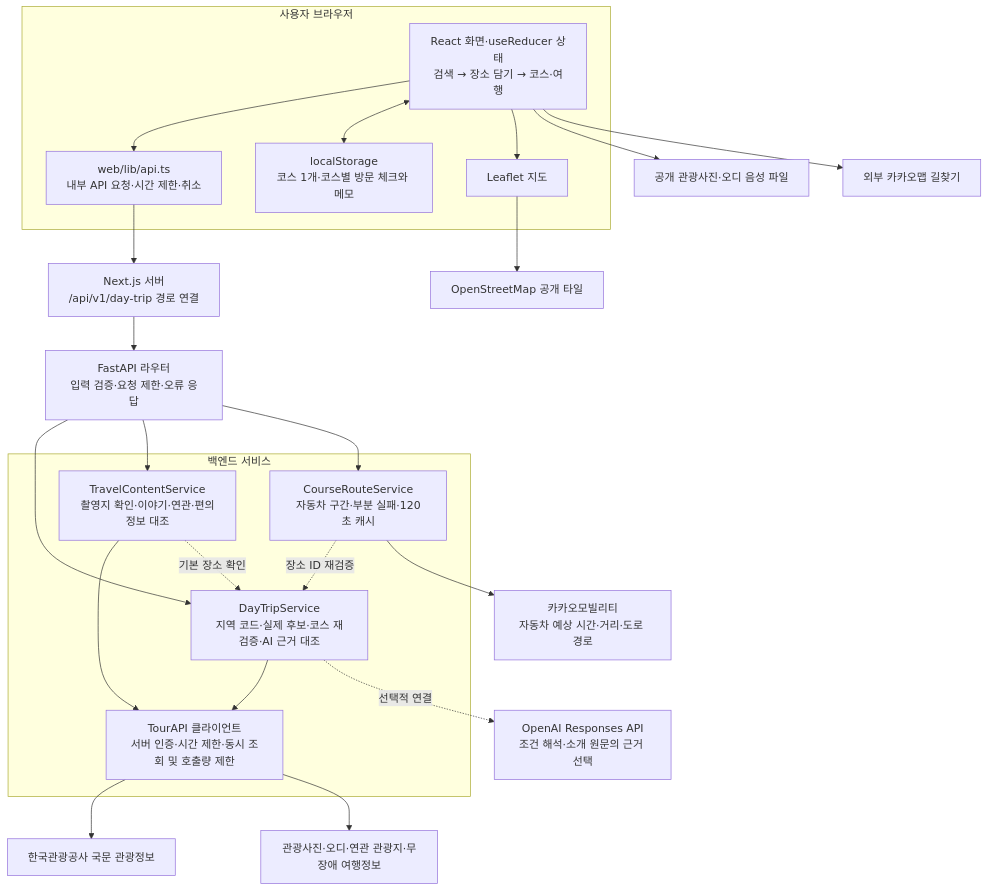
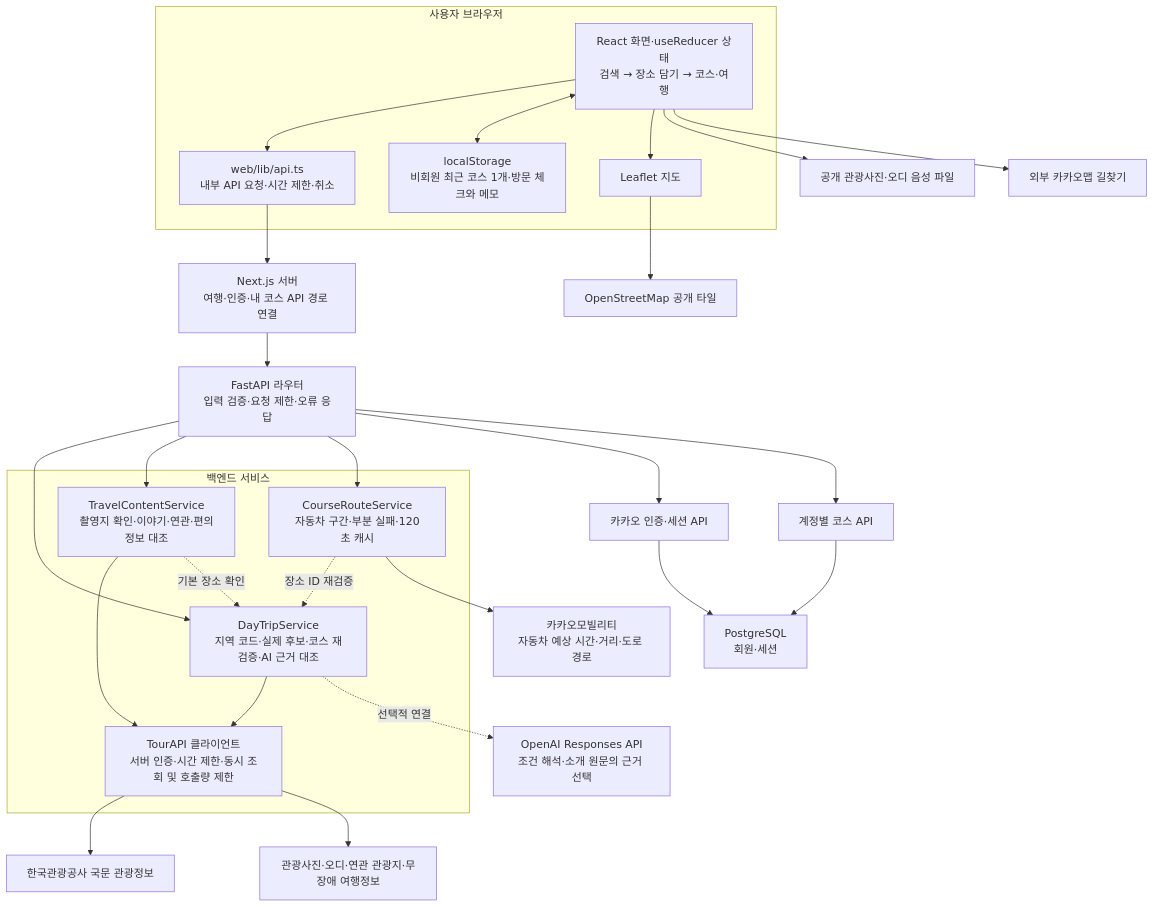
Before and after one commit to sub-blind/Giljabi: the second of 3 diagrams in README.md, drawn with Mermaid. The commit also changed other lines of this file and 45 other files, not shown here.

````diff
--- a/README.md
+++ b/README.md
@@ -72,34 +78,38 @@
 ```mermaid
 flowchart TB
     subgraph Browser["사용자 브라우저"]
         UI["React 화면·useReducer 상태<br/>검색 → 장소 담기 → 코스·여행"]
         API["web/lib/api.ts<br/>내부 API 요청·시간 제한·취소"]
-        Store["localStorage<br/>코스 1개·코스별 방문 체크와 메모"]
+        Store["localStorage<br/>비회원 최근 코스 1개·방문 체크와 메모"]
         Map["Leaflet 지도"]
         UI --> API
         UI <--> Store
         UI --> Map
     end
-    API --> Next["Next.js 서버<br/>/api/v1/day-trip 경로 연결"]
+    API --> Next["Next.js 서버<br/>여행·인증·내 코스 API 경로 연결"]
     Next --> Router["FastAPI 라우터<br/>입력 검증·요청 제한·오류 응답"]
     subgraph Services["백엔드 서비스"]
         Trip["DayTripService<br/>지역 코드·실제 후보·코스 재검증·AI 근거 대조"]
         Content["TravelContentService<br/>촬영지 확인·이야기·연관·편의정보 대조"]
         RouteService["CourseRouteService<br/>자동차 구간·부분 실패·120초 캐시"]
         Client["TourAPI 클라이언트<br/>서버 인증·시간 제한·동시 조회 및 호출량 제한"]
         Trip --> Client
         Content --> Client
         Content -. "기본 장소 확인" .-> Trip
         RouteService -. "장소 ID 재검증" .-> Trip
     end
     Router --> Trip
     Router --> Content
     Router --> RouteService
+    Router --> Auth["카카오 인증·세션 API"]
+    Router --> AccountCourse["계정별 코스 API"]
+    Auth --> DB["PostgreSQL<br/>회원·세션"]
+    AccountCourse --> DB
     Client --> Kor["한국관광공사 국문 관광정보"]
     Client --> Extra["관광사진·오디·연관 관광지·무장애 여행정보"]
     Trip -. "선택적 연결" .-> LLM["OpenAI Responses API<br/>조건 해석·소개 원문의 근거 선택"]
     RouteService --> Mobility["카카오모빌리티<br/>자동차 예상 시간·거리·도로 경로"]
     Map --> Tiles["OpenStreetMap 공개 타일"]
     UI --> Media["공개 관광사진·오디 음성 파일"]
     UI --> Directions["외부 카카오맵 길찾기"]
 ```
````
